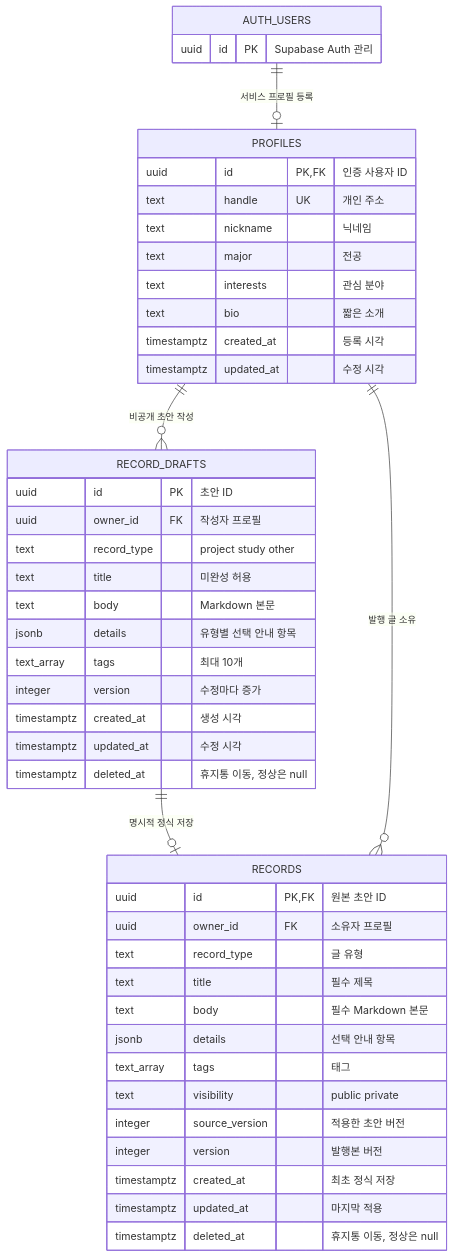
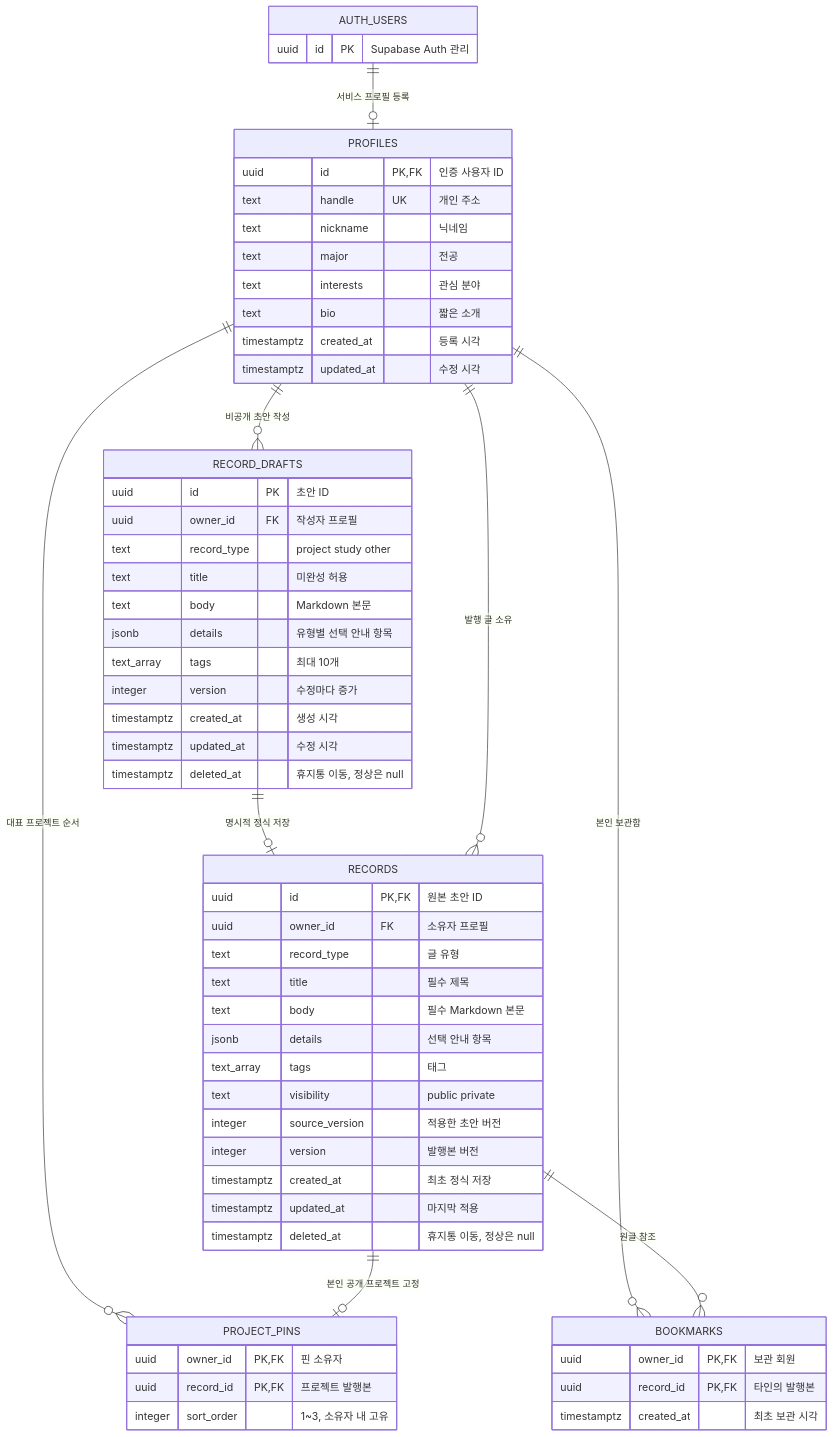
Before and after one commit to JungSeungYoon/chwieop-jom-haja: the diagram in docs/ERD.md, drawn with Mermaid. The commit also changed other lines of this file and 17 other files, not shown here.

Commit message:
기능: 대표 프로젝트 핀·순서 저장과 개인 보관함 구현

````diff
--- a/docs/ERD.md
+++ b/docs/ERD.md
@@ -5,48 +5,62 @@
 ```mermaid
 erDiagram
     AUTH_USERS ||--o| PROFILES : "서비스 프로필 등록"
     PROFILES ||--o{ RECORD_DRAFTS : "비공개 초안 작성"
     RECORD_DRAFTS ||--o| RECORDS : "명시적 정식 저장"
     PROFILES ||--o{ RECORDS : "발행 글 소유"
+    PROFILES ||--o{ PROJECT_PINS : "대표 프로젝트 순서"
+    RECORDS ||--o| PROJECT_PINS : "본인 공개 프로젝트 고정"
+    PROFILES ||--o{ BOOKMARKS : "본인 보관함"
+    RECORDS ||--o{ BOOKMARKS : "원글 참조"
+    PROJECT_PINS {
+        uuid owner_id PK,FK "핀 소유자"
+        uuid record_id PK,FK "프로젝트 발행본"
+        integer sort_order "1~3, 소유자 내 고유"
+    }
+    BOOKMARKS {
+        uuid owner_id PK,FK "보관 회원"
+        uuid record_id PK,FK "타인의 발행본"
+        timestamptz created_at "최초 보관 시각"
+    }
     AUTH_USERS {
         uuid id PK "Supabase Auth 관리"
     }
     RECORDS {
         uuid id PK,FK "원본 초안 ID"
         uuid owner_id FK "소유자 프로필"
         text record_type "글 유형"
         text title "필수 제목"
         text body "필수 Markdown 본문"
         jsonb details "선택 안내 항목"
         text_array tags "태그"
         text visibility "public private"
         integer source_version "적용한 초안 버전"
         integer version "발행본 버전"
         timestamptz created_at "최초 정식 저장"
         timestamptz updated_at "마지막 적용"
         timestamptz deleted_at "휴지통 이동, 정상은 null"
     }
     RECORD_DRAFTS {
         uuid id PK "초안 ID"
         uuid owner_id FK "작성자 프로필"
         text record_type "project study other"
         text title "미완성 허용"
         text body "Markdown 본문"
         jsonb details "유형별 선택 안내 항목"
         text_array tags "최대 10개"
         integer version "수정마다 증가"
         timestamptz created_at "생성 시각"
         timestamptz updated_at "수정 시각"
         timestamptz deleted_at "휴지통 이동, 정상은 null"
     }
     PROFILES {
         uuid id PK,FK "인증 사용자 ID"
         text handle UK "개인 주소"
         text nickname "닉네임"
         text major "전공"
         text interests "관심 분야"
         text bio "짧은 소개"
         timestamptz created_at "등록 시각"
         timestamptz updated_at "수정 시각"
     }
 ```
````
